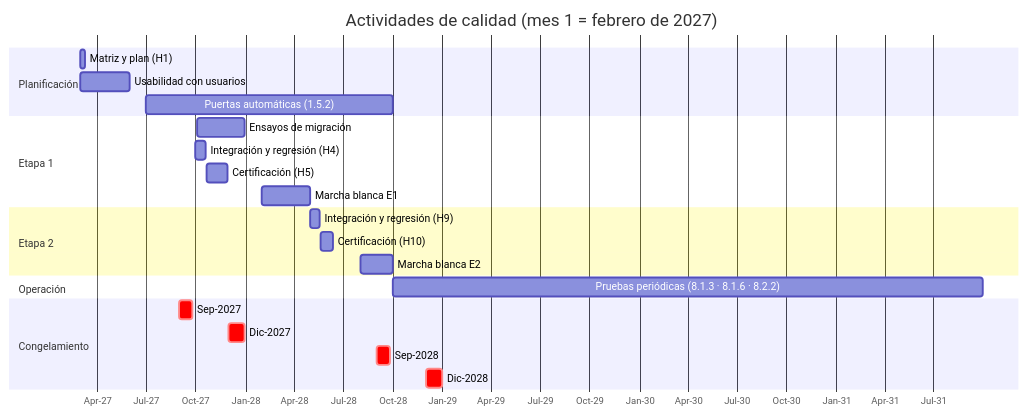
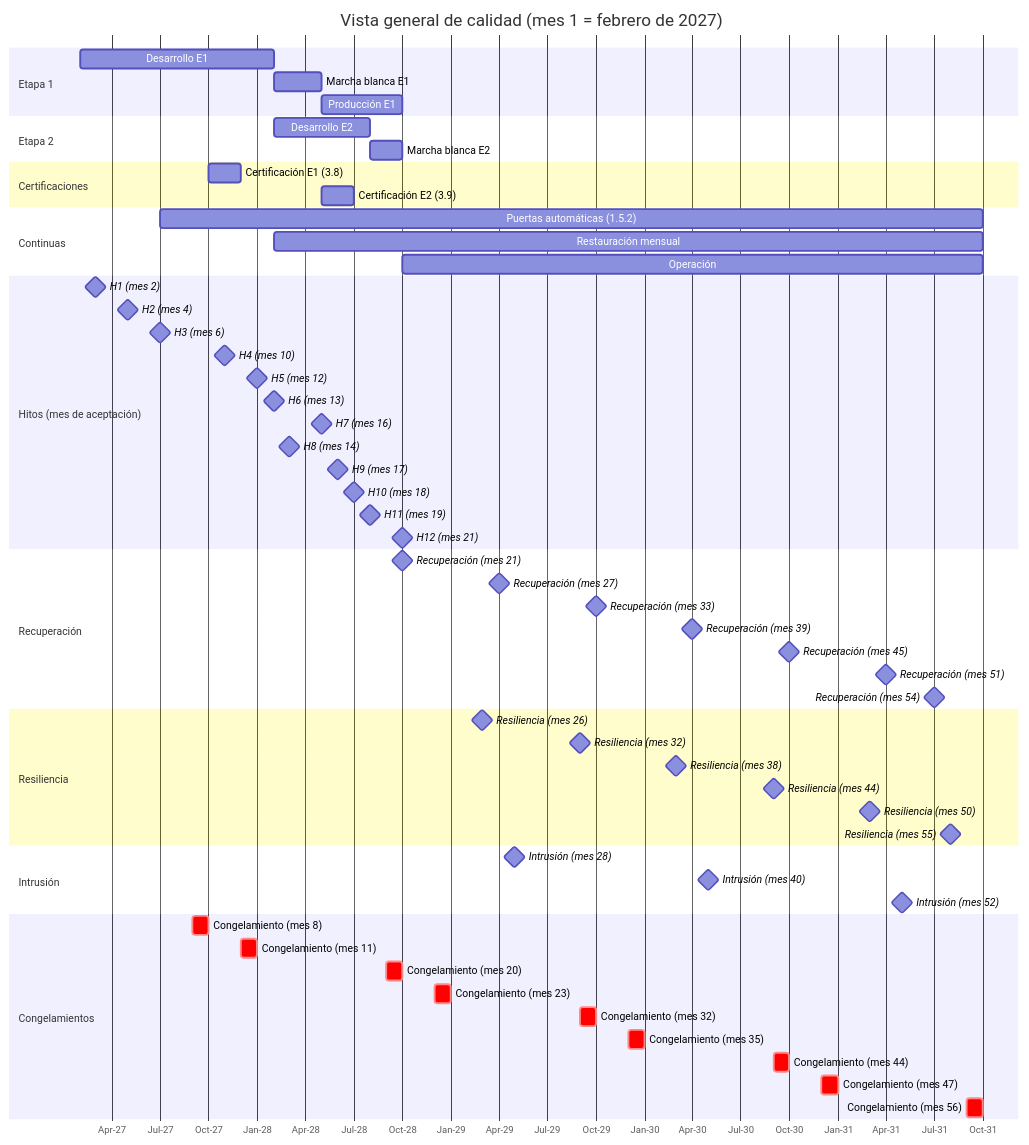
One commit to PatricioH315/LafroX changed the ninth of 9 diagrams in 09_plan_calidad/v_nueva/LAFROX-Subdocumento9.md. Above: the diagram before and after it, drawn with Mermaid. The commit also changed other lines of this file and 16 other files, not shown here.

````diff
--- a/09_plan_calidad/v_nueva/LAFROX-Subdocumento9.md
+++ b/09_plan_calidad/v_nueva/LAFROX-Subdocumento9.md
@@ -479,26 +486,62 @@
 ```mermaid
 gantt
-    title Actividades de calidad (mes 1 = febrero de 2027)
+    title Vista general de calidad (mes 1 = febrero de 2027)
     dateFormat YYYY-MM-DD
     axisFormat %b-%y
-    section Planificación
-    Matriz y plan (H1)                     :2027-03-01, 2027-03-09
-    Usabilidad con usuarios                :2027-03-01, 2027-05-31
-    Puertas automáticas (1.5.2)            :2027-07-01, 2028-09-30
     section Etapa 1
-    Ensayos de migración                   :2027-10-04, 2027-12-31
-    Integración y regresión (H4)           :2027-10-01, 2027-10-20
-    Certificación (H5)                     :2027-10-21, 2027-11-29
-    Marcha blanca E1                       :2028-02-01, 2028-04-30
+    Desarrollo E1 :2027-02-01, 2028-02-01
+    Marcha blanca E1 :2028-02-01, 2028-05-01
+    Producción E1 :2028-05-01, 2028-10-01
     section Etapa 2
-    Integración y regresión (H9)           :2028-05-01, 2028-05-18
-    Certificación (H10)                    :2028-05-19, 2028-06-12
-    Marcha blanca E2                       :2028-08-01, 2028-09-30
-    section Operación
-    Pruebas periódicas (8.1.3 · 8.1.6 · 8.2.2) :2028-10-01, 2031-09-30
-    section Congelamiento
-    Sep-2027                               :crit, 2027-09-01, 2027-09-25
-    Dic-2027                               :crit, 2027-12-01, 2027-12-31
-    Sep-2028                               :crit, 2028-09-01, 2028-09-25
-    Dic-2028                               :crit, 2028-12-01, 2028-12-31
+    Desarrollo E2 :2028-02-01, 2028-08-01
+    Marcha blanca E2 :2028-08-01, 2028-10-01
+    section Certificaciones
+    Certificación E1 (3.8) :2027-10-01, 2027-12-01
+    Certificación E2 (3.9) :2028-05-01, 2028-07-01
+    section Continuas
+    Puertas automáticas (1.5.2) :2027-07-01, 2031-10-01
+    Restauración mensual :2028-02-01, 2031-10-01
+    Operación :2028-10-01, 2031-10-01
+    section Hitos (mes de aceptación)
+    H1 (mes 2) :milestone, 2027-03-01, 0d
+    H2 (mes 4) :milestone, 2027-05-01, 0d
+    H3 (mes 6) :milestone, 2027-07-01, 0d
+    H4 (mes 10) :milestone, 2027-11-01, 0d
+    H5 (mes 12) :milestone, 2028-01-01, 0d
+    H6 (mes 13) :milestone, 2028-02-01, 0d
+    H7 (mes 16) :milestone, 2028-05-01, 0d
+    H8 (mes 14) :milestone, 2028-03-01, 0d
+    H9 (mes 17) :milestone, 2028-06-01, 0d
+    H10 (mes 18) :milestone, 2028-07-01, 0d
+    H11 (mes 19) :milestone, 2028-08-01, 0d
+    H12 (mes 21) :milestone, 2028-10-01, 0d
+    section Recuperación
+    Recuperación (mes 21) :milestone, 2028-10-01, 0d
+    Recuperación (mes 27) :milestone, 2029-04-01, 0d
+    Recuperación (mes 33) :milestone, 2029-10-01, 0d
+    Recuperación (mes 39) :milestone, 2030-04-01, 0d
+    Recuperación (mes 45) :milestone, 2030-10-01, 0d
+    Recuperación (mes 51) :milestone, 2031-04-01, 0d
+    Recuperación (mes 54) :milestone, 2031-07-01, 0d
+    section Resiliencia
+    Resiliencia (mes 26) :milestone, 2029-03-01, 0d
+    Resiliencia (mes 32) :milestone, 2029-09-01, 0d
+    Resiliencia (mes 38) :milestone, 2030-03-01, 0d
+    Resiliencia (mes 44) :milestone, 2030-09-01, 0d
+    Resiliencia (mes 50) :milestone, 2031-03-01, 0d
+    Resiliencia (mes 55) :milestone, 2031-08-01, 0d
+    section Intrusión
+    Intrusión (mes 28) :milestone, 2029-05-01, 0d
+    Intrusión (mes 40) :milestone, 2030-05-01, 0d
+    Intrusión (mes 52) :milestone, 2031-05-01, 0d
+    section Congelamientos
+    Congelamiento (mes 8) :crit, 2027-09-01, 2027-10-01
+    Congelamiento (mes 11) :crit, 2027-12-01, 2028-01-01
+    Congelamiento (mes 20) :crit, 2028-09-01, 2028-10-01
+    Congelamiento (mes 23) :crit, 2028-12-01, 2029-01-01
+    Congelamiento (mes 32) :crit, 2029-09-01, 2029-10-01
+    Congelamiento (mes 35) :crit, 2029-12-01, 2030-01-01
+    Congelamiento (mes 44) :crit, 2030-09-01, 2030-10-01
+    Congelamiento (mes 47) :crit, 2030-12-01, 2031-01-01
+    Congelamiento (mes 56) :crit, 2031-09-01, 2031-10-01
 ```
````
